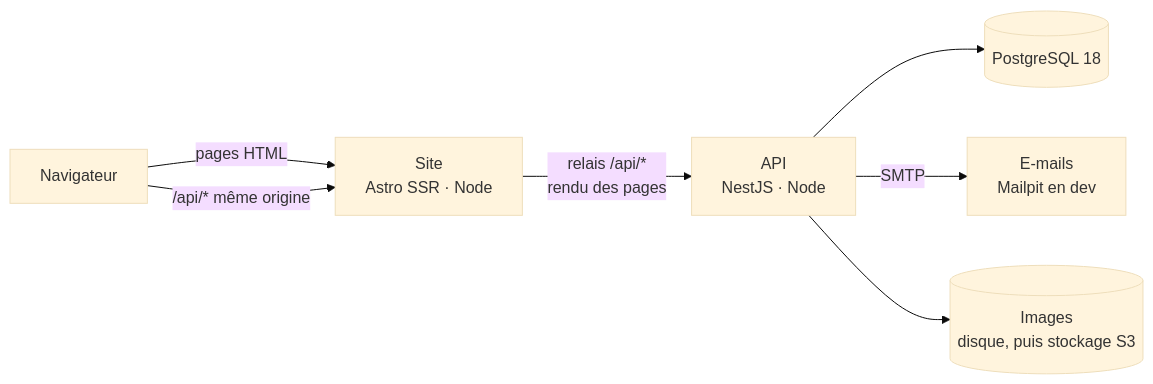
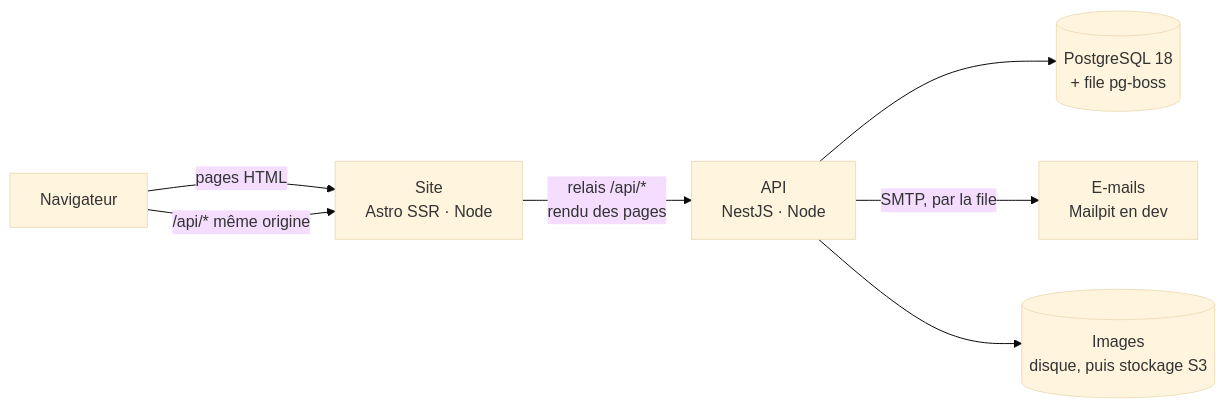
Before and after one commit to BySalim/vysora-community-platform: the diagram in docs/architecture.md, drawn with Mermaid (base theme). The commit also changed other lines of this file and 6 other files, not shown here.

````diff
--- a/docs/architecture.md
+++ b/docs/architecture.md
@@ -10,9 +10,9 @@
 ```mermaid
 flowchart LR
   N[Navigateur] -->|pages HTML| W[Site<br/>Astro SSR · Node]
   N -->|/api/* même origine| W
   W -->|relais /api/*<br/>rendu des pages| A[API<br/>NestJS · Node]
-  A --> P[(PostgreSQL 18)]
-  A -->|SMTP| M[E-mails<br/>Mailpit en dev]
+  A --> P[(PostgreSQL 18<br/>+ file pg-boss)]
+  A -->|SMTP, par la file| M[E-mails<br/>Mailpit en dev]
   A --> S[(Images<br/>disque, puis stockage S3)]
 ```
````
